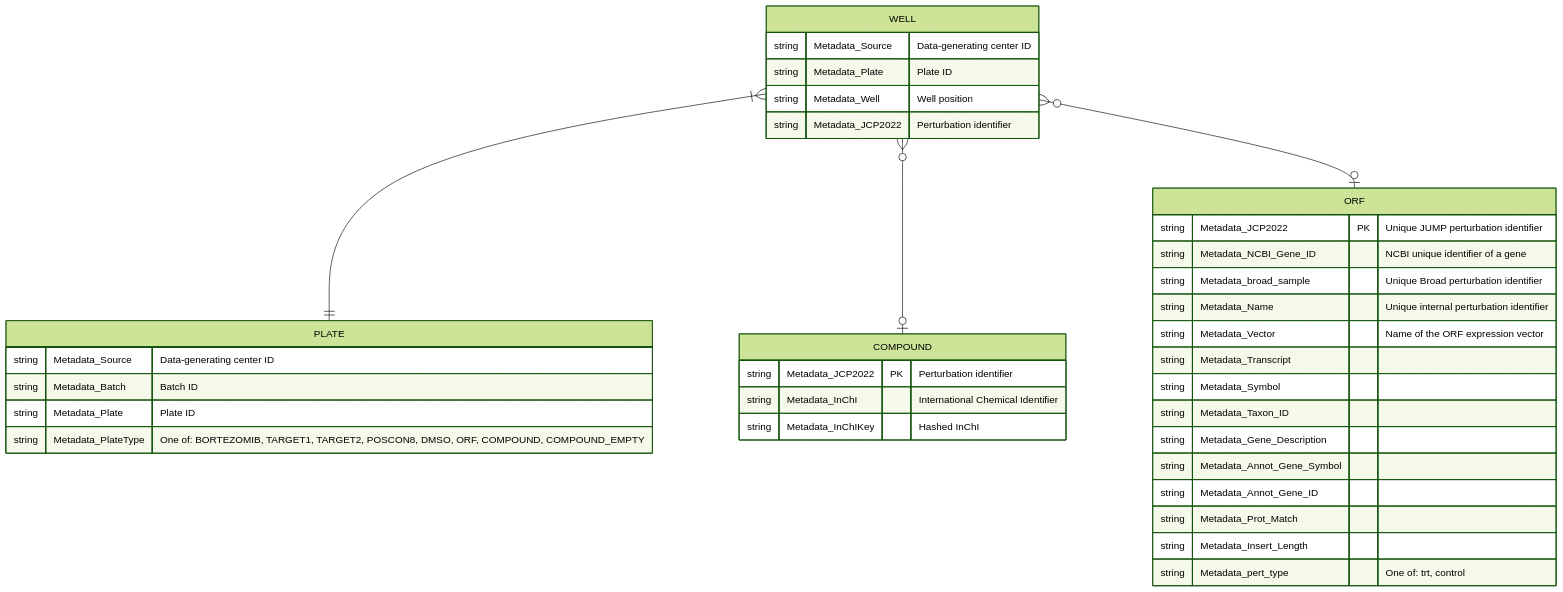
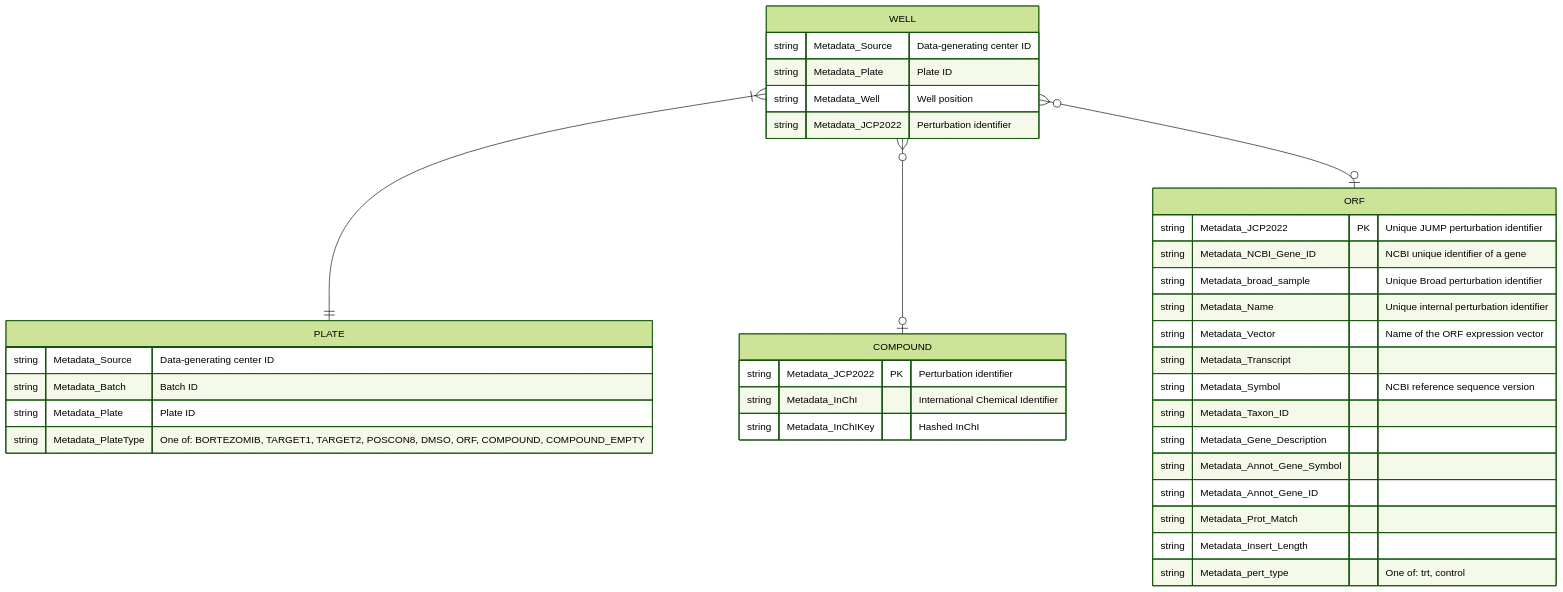
The diagram in metadata/README.md (jump-cellpainting/datasets), drawn with Mermaid (forest theme) before and after one commit.

````diff
--- a/metadata/README.md
+++ b/metadata/README.md
@@ -6,39 +6,39 @@
 ```mermaid
 erDiagram
     WELL }|--|| PLATE : ""
     WELL {
         string Metadata_Source "Data-generating center ID"
         string Metadata_Plate "Plate ID"
         string Metadata_Well "Well position"
         string Metadata_JCP2022 "Perturbation identifier"
     }
     PLATE {
         string Metadata_Source "Data-generating center ID"
         string Metadata_Batch "Batch ID"
         string Metadata_Plate "Plate ID"
         string Metadata_PlateType "One of: BORTEZOMIB, TARGET1, TARGET2, POSCON8, DMSO, ORF, COMPOUND, COMPOUND_EMPTY"
     }
     WELL }o--o| COMPOUND : ""
     COMPOUND {
         string Metadata_JCP2022 PK "Perturbation identifier"
         string Metadata_InChI "International Chemical Identifier"
         string Metadata_InChIKey "Hashed InChI"
     }
     WELL }o--o| ORF : ""
     ORF {
         string Metadata_JCP2022 PK "Unique JUMP perturbation identifier"
         string Metadata_NCBI_Gene_ID "NCBI unique identifier of a gene"
         string Metadata_broad_sample "Unique Broad perturbation identifier"
         string Metadata_Name "Unique internal perturbation identifier"
         string Metadata_Vector "Name of the ORF expression vector"
         string Metadata_Transcript ""
-        string Metadata_Symbol ""
+        string Metadata_Symbol "NCBI reference sequence version"
         string Metadata_Taxon_ID ""
         string Metadata_Gene_Description ""
         string Metadata_Annot_Gene_Symbol ""
         string Metadata_Annot_Gene_ID ""
         string Metadata_Prot_Match ""
         string Metadata_Insert_Length ""
         string Metadata_pert_type "One of: trt, control"
     }
 ```
````
